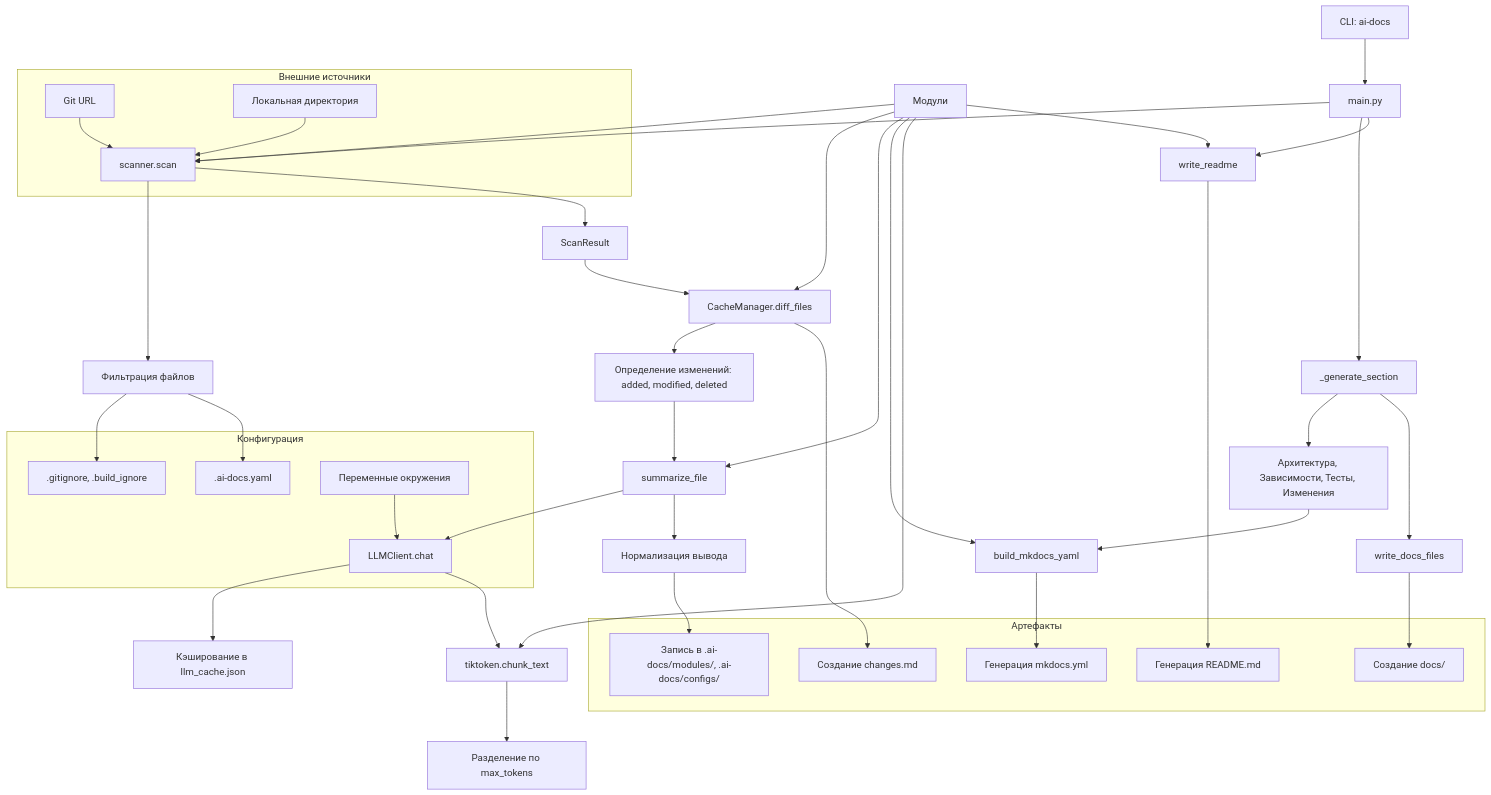
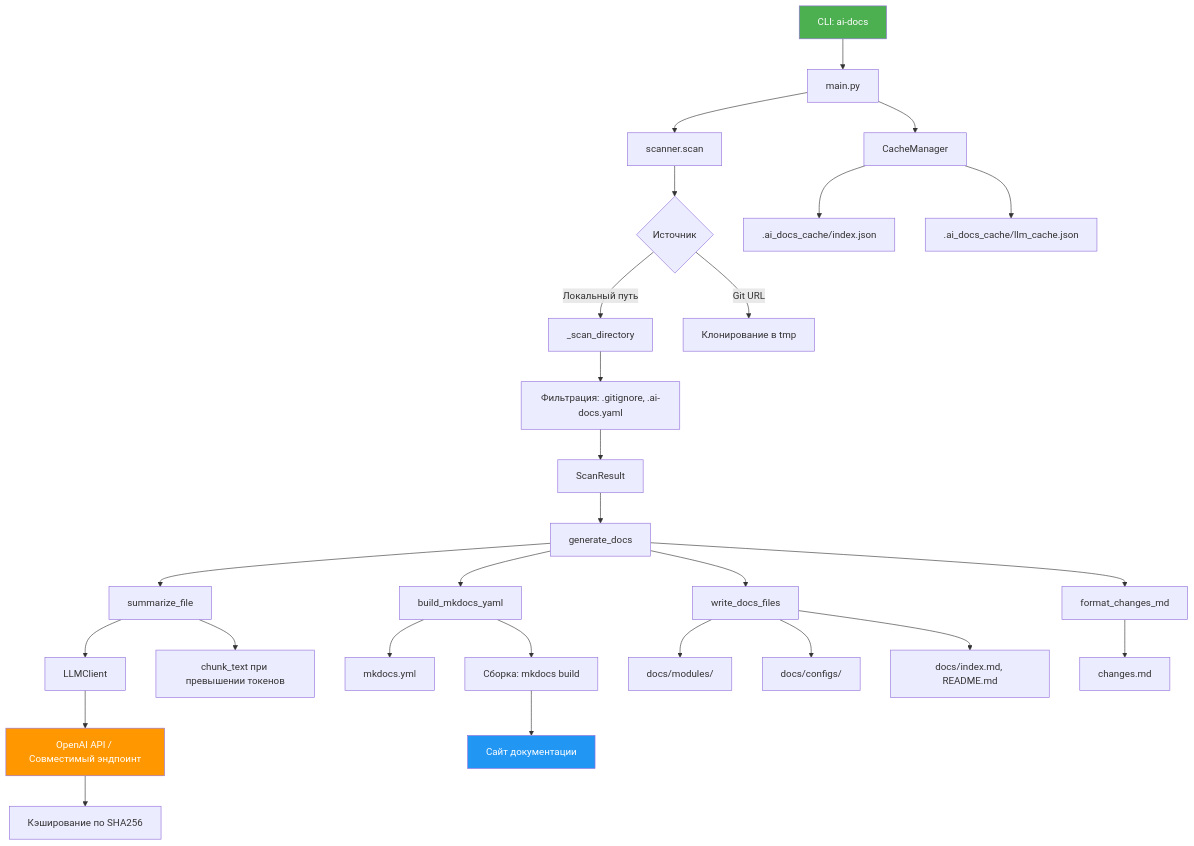
The diagram in .ai-docs/architecture.md (LKosoj/ai-docs), drawn with Mermaid before and after one commit. The commit also changed other lines of this file and 22 other files, not shown here.

````diff
--- a/.ai-docs/architecture.md
+++ b/.ai-docs/architecture.md
@@ -3,50 +3,32 @@
 ```mermaid
 graph TD
     A[CLI: ai-docs] --> B[main.py]
     B --> C[scanner.scan]
-    C --> D[Фильтрация файлов]
-    D --> E[.gitignore, .build_ignore]
-    D --> F[.ai-docs.yaml]
-    C --> G[ScanResult]
-    G --> H[CacheManager.diff_files]
-    H --> I[Определение изменений: added, modified, deleted]
-    I --> J[summarize_file]
-    J --> K[LLMClient.chat]
-    K --> L[Кэширование в llm_cache.json]
-    J --> M[Нормализация вывода]
-    M --> N[Запись в .ai-docs/modules/, .ai-docs/configs/]
-    B --> O[_generate_section]
-    O --> P[Архитектура, Зависимости, Тесты, Изменения]
-    P --> Q[build_mkdocs_yaml]
-    Q --> R[Генерация mkdocs.yml]
-    O --> S[write_docs_files]
-    S --> T[Создание docs/]
-    B --> U[write_readme]
-    U --> V[Генерация README.md]
-    K --> W[tiktoken.chunk_text]
-    W --> X[Разделение по max_tokens]
-    H --> Y[Создание changes.md]
-    Z[Модули] --> C
-    Z --> H
-    Z --> J
-    Z --> Q
-    Z --> W
-    Z --> U
-    subgraph "Внешние источники"
-        URL[Git URL] --> C
-        Local[Локальная директория] --> C
-    end
-    subgraph "Конфигурация"
-        F
-        E
-        AA[Переменные окружения]
-        AA --> K
-    end
-    subgraph "Артефакты"
-        V
-        T
-        R
-        Y
-        N
-    end
-``` 
+    C --> D{Источник}
+    D -->|Локальный путь| E[_scan_directory]
+    D -->|Git URL| F[Клонирование в tmp]
+    E --> G[Фильтрация: .gitignore, .ai-docs.yaml]
+    G --> H[ScanResult]
+    B --> I[CacheManager]
+    I --> J[.ai_docs_cache/index.json]
+    I --> K[.ai_docs_cache/llm_cache.json]
+    H --> L[generate_docs]
+    L --> M[summarize_file]
+    M --> N[LLMClient]
+    N --> O[OpenAI API / Совместимый эндпоинт]
+    O --> P[Кэширование по SHA256]
+    M --> Q[chunk_text при превышении токенов]
+    L --> R[build_mkdocs_yaml]
+    R --> S[mkdocs.yml]
+    L --> T[write_docs_files]
+    T --> U[docs/modules/]
+    T --> V[docs/configs/]
+    T --> W[docs/index.md, README.md]
+    L --> X[format_changes_md]
+    X --> Y[changes.md]
+    R --> Z[Сборка: mkdocs build]
+    Z --> AA[Сайт документации]
+    style A fill:#4CAF50, color:white
+    style AA fill:#2196F3, color:white
+    style O fill:#FF9800, color:white
+```
````
